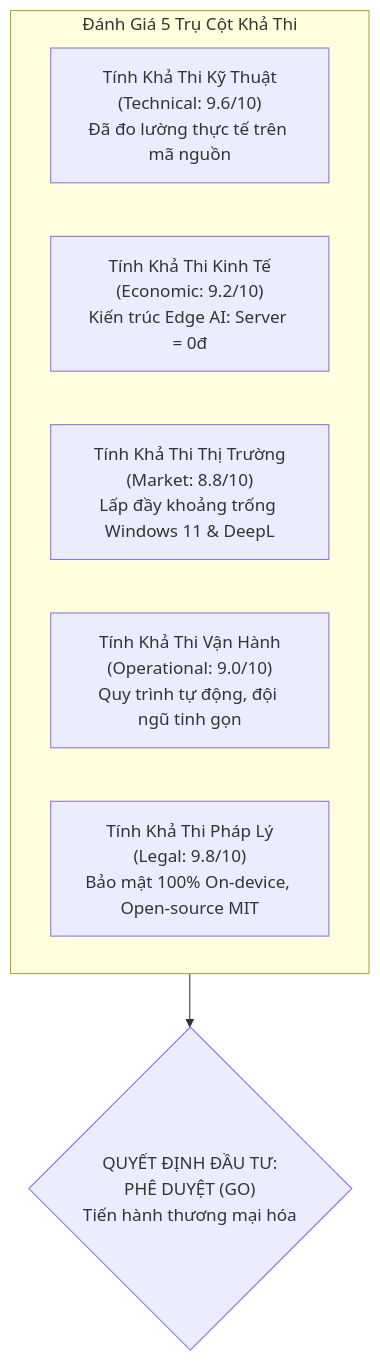
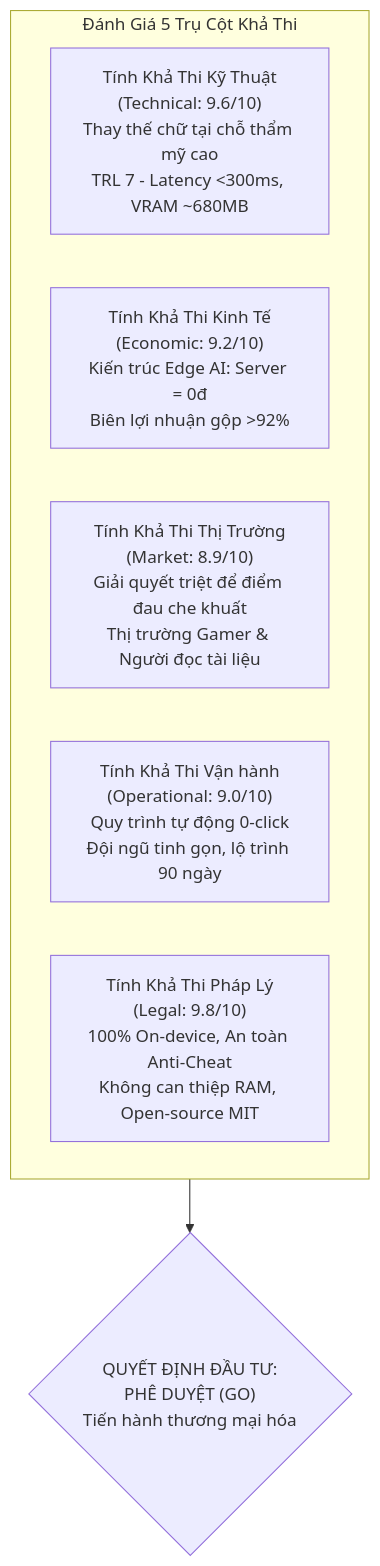
The first of 4 diagrams in survey_and_feasibility/04_project_feasibility_report.md (Kenny11423/VoxGlance), drawn with Mermaid before and after one commit. The commit also changed other lines of this file and 8 other files, not shown here.

Commit message:
docs: cap nhat bao cao khao sat, tinh kha thi va ke hoach tong the cho in-place visual translation layer

````diff
--- a/survey_and_feasibility/04_project_feasibility_report.md
+++ b/survey_and_feasibility/04_project_feasibility_report.md
@@ -11,11 +12,11 @@
 ```mermaid
 flowchart TD
     subgraph FeasibilityAssessment ["Đánh Giá 5 Trụ Cột Khả Thi"]
-        T["Tính Khả Thi Kỹ Thuật\n(Technical: 9.6/10)\nĐã đo lường thực tế trên mã nguồn"]
-        E["Tính Khả Thi Kinh Tế\n(Economic: 9.2/10)\nKiến trúc Edge AI: Server = 0đ"]
-        M["Tính Khả Thi Thị Trường\n(Market: 8.8/10)\nLấp đầy khoảng trống Windows 11 & DeepL"]
-        O["Tính Khả Thi Vận Hành\n(Operational: 9.0/10)\nQuy trình tự động, đội ngũ tinh gọn"]
-        L["Tính Khả Thi Pháp Lý\n(Legal: 9.8/10)\nBảo mật 100% On-device, Open-source MIT"]
+        T["Tính Khả Thi Kỹ Thuật\n(Technical: 9.6/10)\nThay thế chữ tại chỗ thẩm mỹ cao\nTRL 7 - Latency <300ms, VRAM ~680MB"]
+        E["Tính Khả Thi Kinh Tế\n(Economic: 9.2/10)\nKiến trúc Edge AI: Server = 0đ\nBiên lợi nhuận gộp >92%"]
+        M["Tính Khả Thi Thị Trường\n(Market: 8.9/10)\nGiải quyết triệt để điểm đau che khuất\nThị trường Gamer & Người đọc tài liệu"]
+        O["Tính Khả Thi Vận hành\n(Operational: 9.0/10)\nQuy trình tự động 0-click\nĐội ngũ tinh gọn, lộ trình 90 ngày"]
+        L["Tính Khả Thi Pháp Lý\n(Legal: 9.8/10)\n100% On-device, An toàn Anti-Cheat\nKhông can thiệp RAM, Open-source MIT"]
     end
     FeasibilityAssessment --> Decision{"QUYẾT ĐỊNH ĐẦU TƯ:\nPHÊ DUYỆT (GO)\nTiến hành thương mại hóa"}
 ```
````
